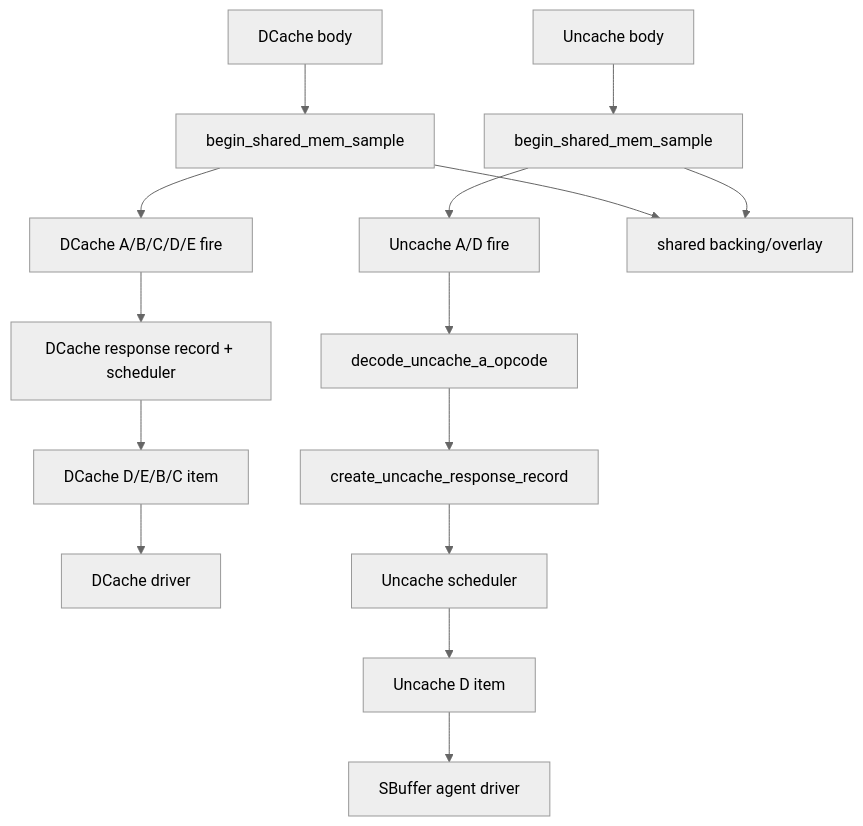
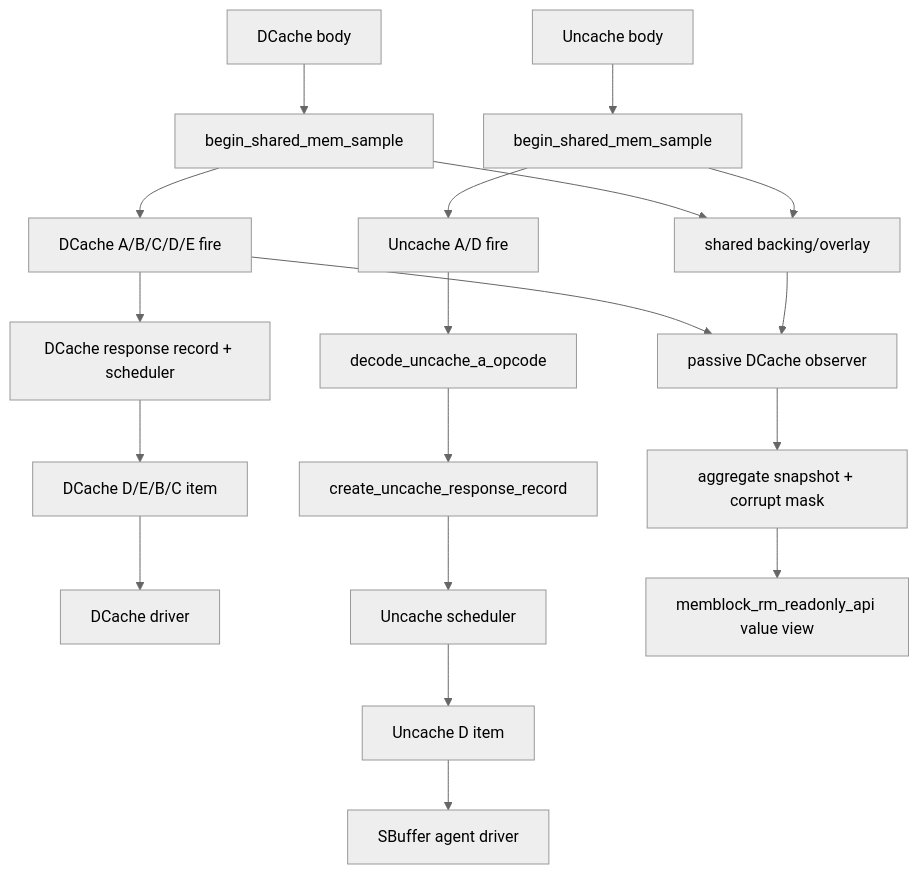
Before and after one commit to OpenXiangShan/XiangShan: the diagram in AI_DOC/mem_ut_flow_doc/dcache_sbuffer_memory_responder_flow.md, drawn with Mermaid (neutral theme). The commit also changed other lines of this file and 3 other files, not shown here.

Commit message:
docs: sync readonly API responder flows

````diff
--- a/AI_DOC/mem_ut_flow_doc/dcache_sbuffer_memory_responder_flow.md
+++ b/AI_DOC/mem_ut_flow_doc/dcache_sbuffer_memory_responder_flow.md
@@ -25,19 +29,23 @@
 ```mermaid
 flowchart TD
     A[DCache body] --> B[begin_shared_mem_sample]
     B --> C[DCache A/B/C/D/E fire]
     C --> D[DCache response record + scheduler]
     D --> E[DCache D/E/B/C item]
     E --> F[DCache driver]
 
     G[Uncache body] --> H[begin_shared_mem_sample]
     H --> I[Uncache A/D fire]
     I --> J[decode_uncache_a_opcode]
     J --> K[create_uncache_response_record]
     K --> L[Uncache scheduler]
     L --> M[Uncache D item]
     M --> N[SBuffer agent driver]
 
     B --> O[shared backing/overlay]
     H --> O
+    C --> P[passive DCache observer]
+    O --> P
+    P --> Q[aggregate snapshot + corrupt mask]
+    Q --> R[memblock_rm_readonly_api value view]
 ```
````
